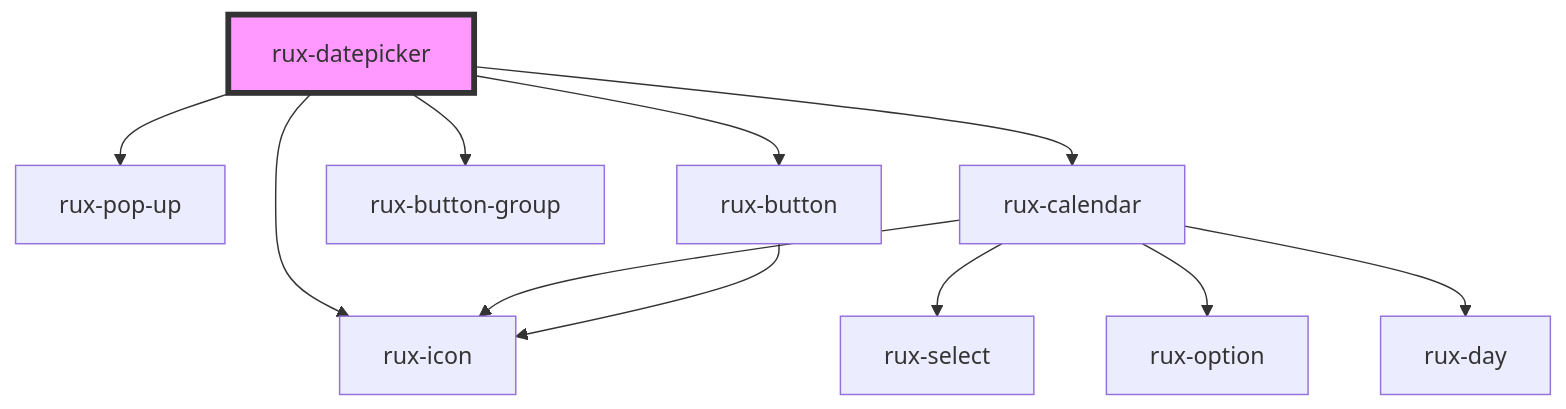
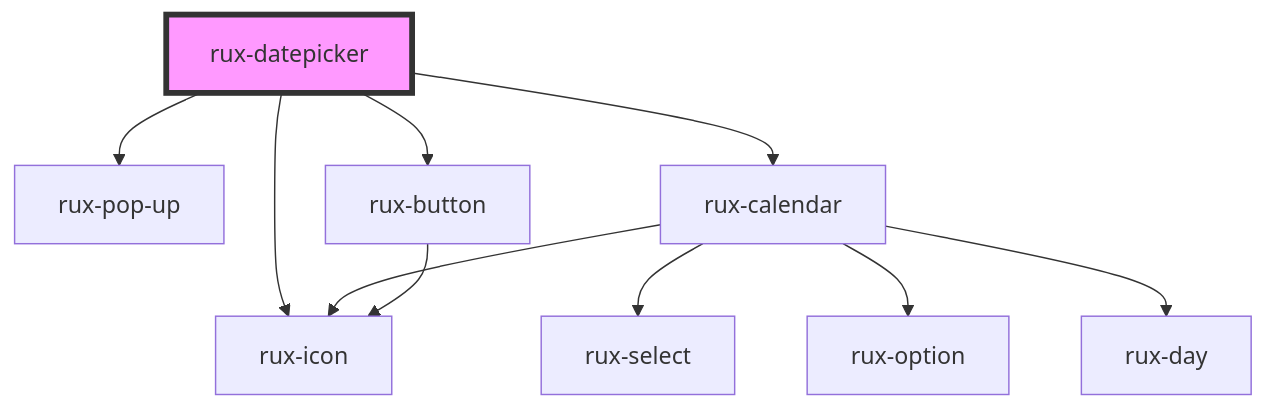
One commit to RocketCommunicationsInc/astro changed the diagram in packages/web-components/src/components/rux-datepicker/readme.md. Above: the diagram before and after it, drawn with Mermaid. The commit also changed other lines of this file and 5 other files, not shown here.

````diff
--- a/packages/web-components/src/components/rux-datepicker/readme.md
+++ b/packages/web-components/src/components/rux-datepicker/readme.md
@@ -38,14 +37,13 @@
 ```mermaid
 graph TD;
   rux-datepicker --> rux-pop-up
   rux-datepicker --> rux-icon
   rux-datepicker --> rux-calendar
-  rux-datepicker --> rux-button-group
   rux-datepicker --> rux-button
   rux-calendar --> rux-icon
   rux-calendar --> rux-select
   rux-calendar --> rux-option
   rux-calendar --> rux-day
   rux-button --> rux-icon
   style rux-datepicker fill:#f9f,stroke:#333,stroke-width:4px
 ```
````
